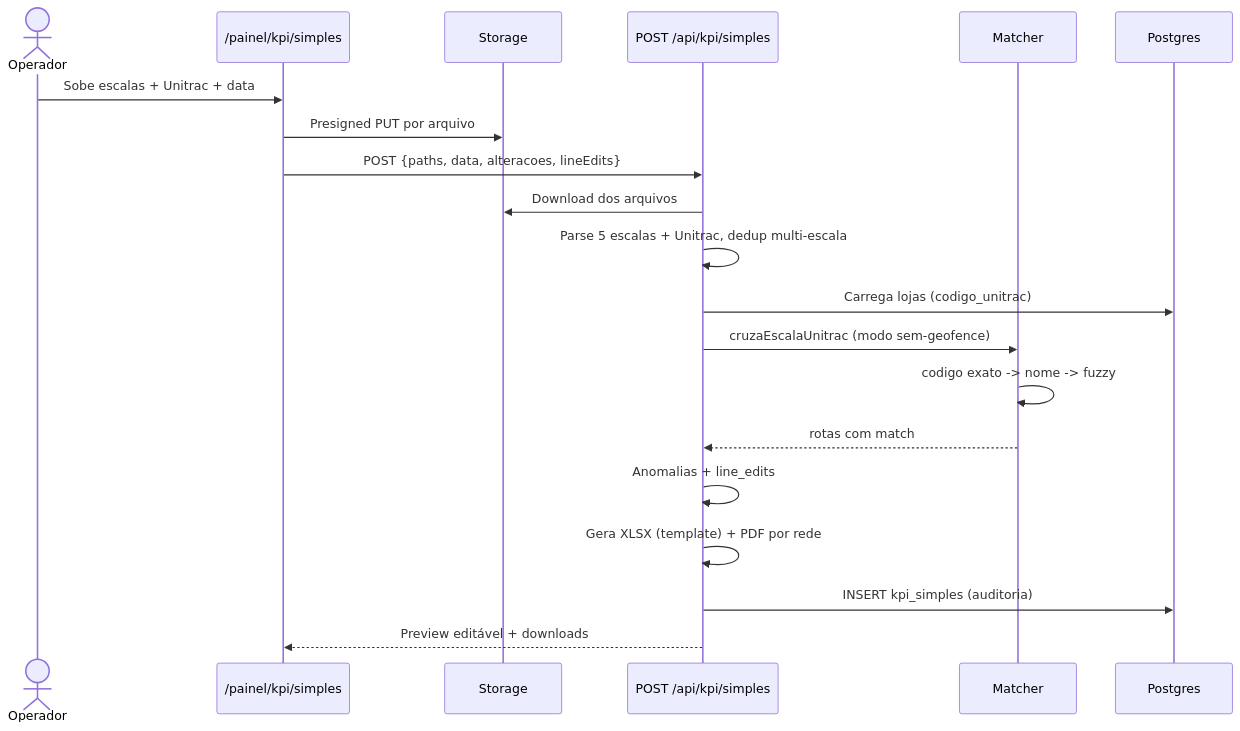
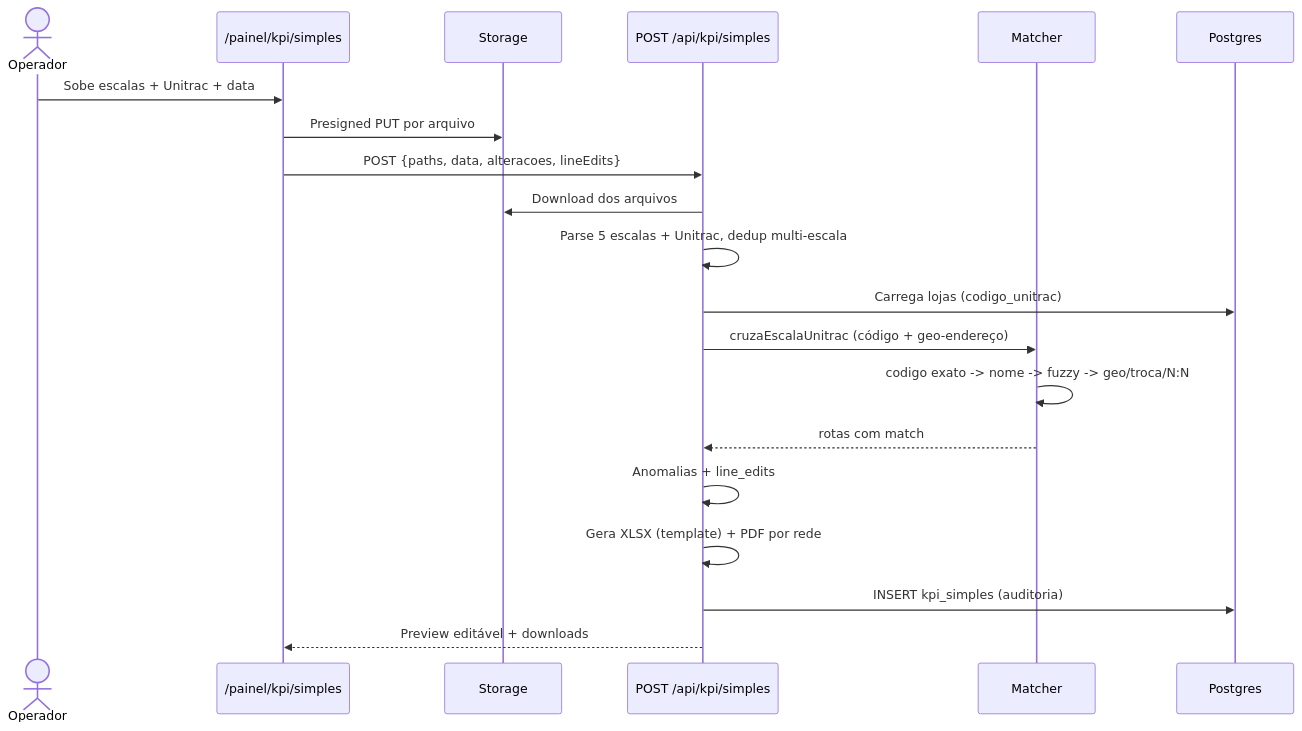
The second of 2 diagrams in README.md (transmonseg/kpi-transmonseg), drawn with Mermaid before and after one commit. The commit also changed other lines of this file and 1 other file, not shown here.

First line of the commit message:
docs(readme): atualiza camada geo (geo-endereço/troca/N:N) + números + ignora scratch

````diff
--- a/README.md
+++ b/README.md
@@ -287,23 +291,23 @@
 ```mermaid
 sequenceDiagram
     actor U as Operador
     participant UI as /painel/kpi/simples
     participant ST as Storage
     participant API as POST /api/kpi/simples
     participant M as Matcher
     participant DB as Postgres
 
     U->>UI: Sobe escalas + Unitrac + data
     UI->>ST: Presigned PUT por arquivo
     UI->>API: POST {paths, data, alteracoes, lineEdits}
     API->>ST: Download dos arquivos
     API->>API: Parse 5 escalas + Unitrac, dedup multi-escala
     API->>DB: Carrega lojas (codigo_unitrac)
-    API->>M: cruzaEscalaUnitrac (modo sem-geofence)
-    M->>M: codigo exato -> nome -> fuzzy
+    API->>M: cruzaEscalaUnitrac (código + geo-endereço)
+    M->>M: codigo exato -> nome -> fuzzy -> geo/troca/N:N
     M-->>API: rotas com match
     API->>API: Anomalias + line_edits
     API->>API: Gera XLSX (template) + PDF por rede
     API->>DB: INSERT kpi_simples (auditoria)
     API-->>UI: Preview editável + downloads
 ```
````
